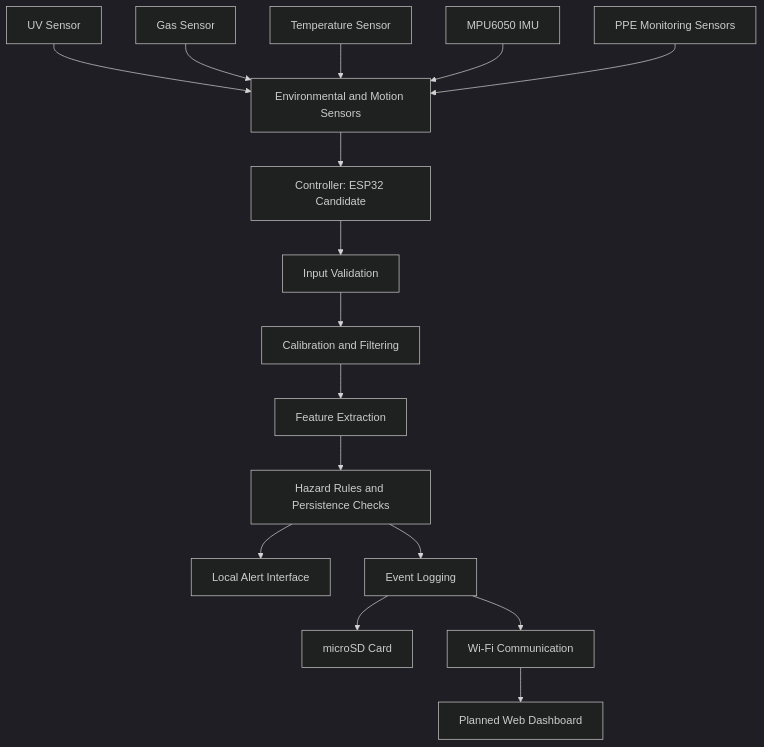
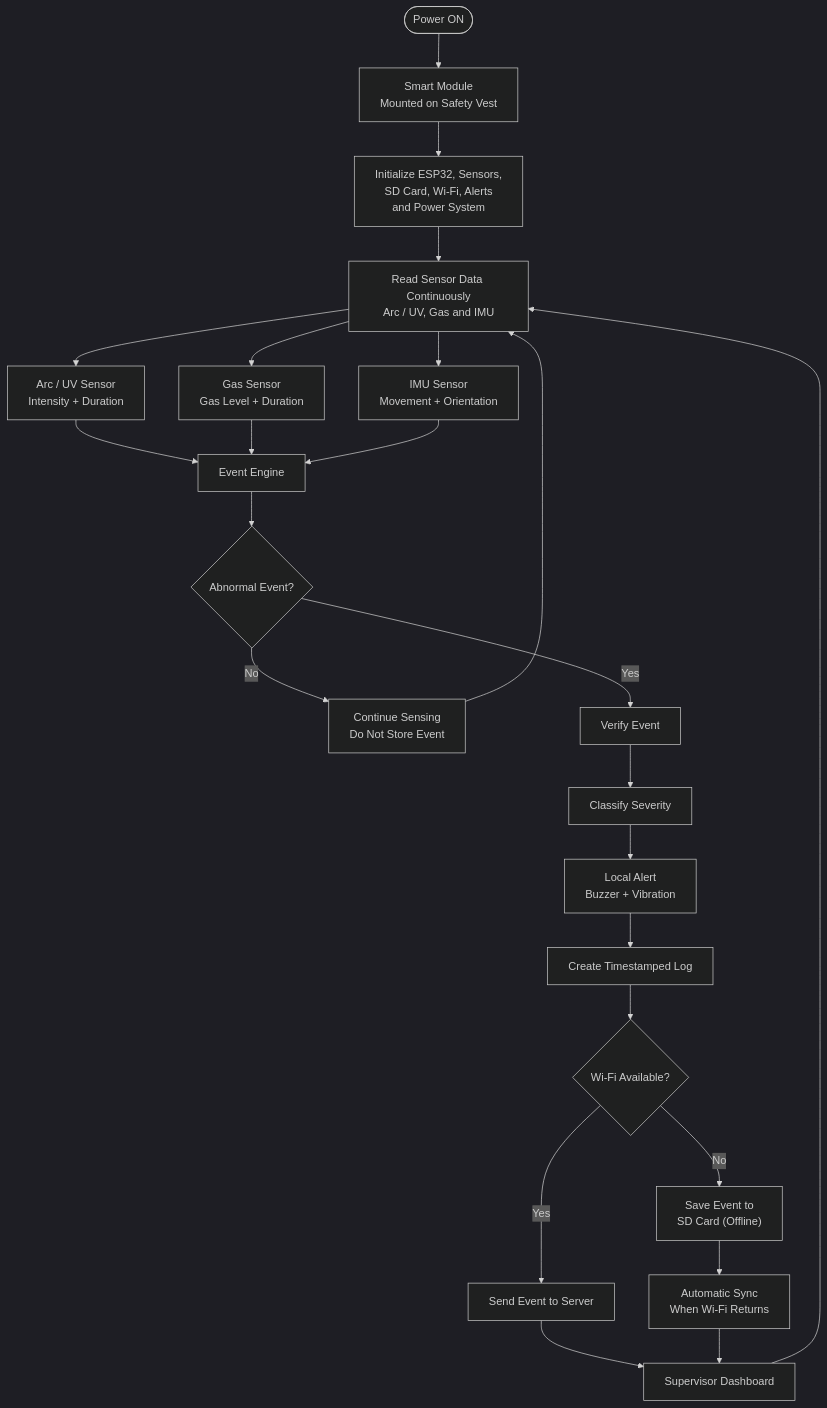
One commit to pushkarnileshandhare-ops/sonix-smart-safety-gear changed the diagram in README.md. Above: the diagram before and after it, drawn with Mermaid (dark theme). The commit also changed other lines of this file, not shown here.

````diff
--- a/README.md
+++ b/README.md
@@ -176,19 +178,34 @@
 ```mermaid
 flowchart TD
-    A["Environmental and Motion Sensors"] --> B["Controller: ESP32 Candidate"]
-    A1["UV Sensor"] --> A
-    A2["Gas Sensor"] --> A
-    A3["Temperature Sensor"] --> A
-    A4["MPU6050 IMU"] --> A
-    A5["PPE Monitoring Sensors"] --> A
+    A(["Power ON"]) --> B["Smart Module<br/>Mounted on Safety Vest"]
+    B --> C["Initialize ESP32, Sensors,<br/>SD Card, Wi-Fi, Alerts<br/>and Power System"]
+    C --> D["Read Sensor Data Continuously<br/>Arc / UV, Gas and IMU"]
 
-    B --> C["Input Validation"]
-    C --> D["Calibration and Filtering"]
-    D --> E["Feature Extraction"]
-    E --> F["Hazard Rules and Persistence Checks"]
-    F --> G["Local Alert Interface"]
-    F --> H["Event Logging"]
-    H --> I["microSD Card"]
-    H --> J["Wi-Fi Communication"]
-    J --> K["Planned Web Dashboard"]
+    D --> E1["Arc / UV Sensor<br/>Intensity + Duration"]
+    D --> E2["Gas Sensor<br/>Gas Level + Duration"]
+    D --> E3["IMU Sensor<br/>Movement + Orientation"]
+
+    E1 --> F["Event Engine"]
+    E2 --> F
+    E3 --> F
+
+    F --> G{"Abnormal Event?"}
+
+    G -- "No" --> H["Continue Sensing<br/>Do Not Store Event"]
+    H --> D
+
+    G -- "Yes" --> I["Verify Event"]
+    I --> J["Classify Severity"]
+    J --> K["Local Alert<br/>Buzzer + Vibration"]
+    K --> L["Create Timestamped Log"]
+
+    L --> M{"Wi-Fi Available?"}
+    M -- "Yes" --> N["Send Event to Server"]
+    N --> O["Supervisor Dashboard"]
+
+    M -- "No" --> P["Save Event to<br/>SD Card (Offline)"]
+    P --> Q["Automatic Sync<br/>When Wi-Fi Returns"]
+    Q --> O
+
+    O --> D
 ```
````
